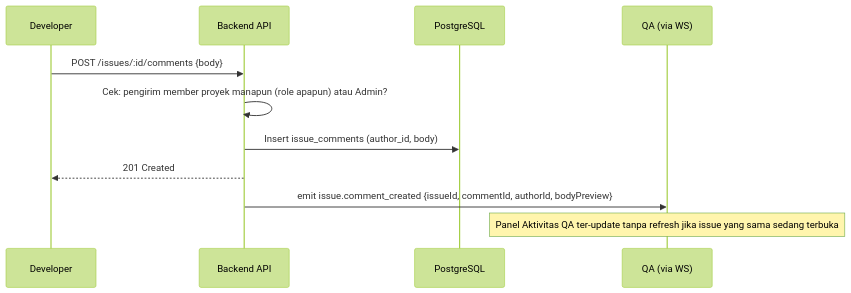
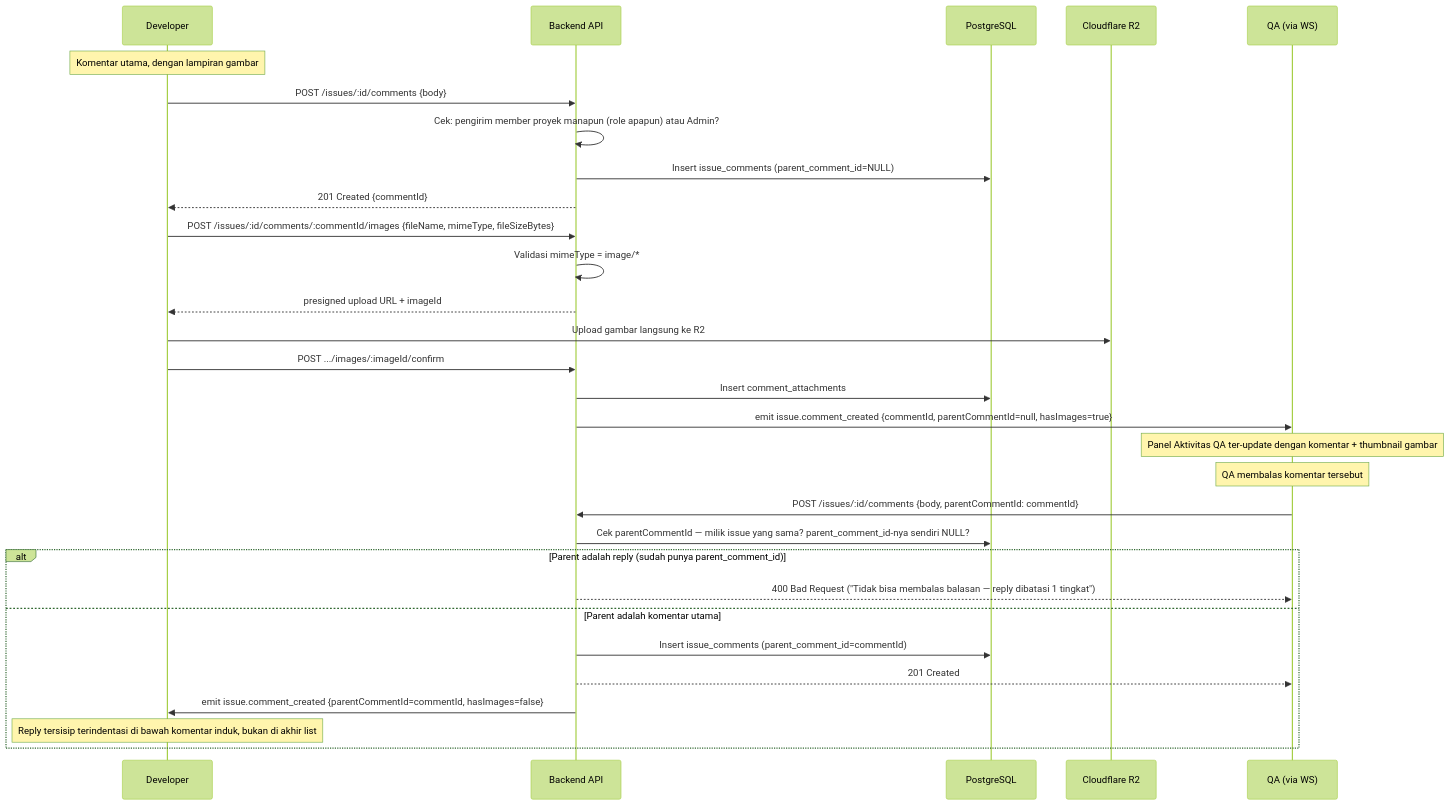
One commit to itshazlan/trackflow changed the tenth of 20 diagrams in SDD_Lean_Internal.md. Above: the diagram before and after it, drawn with Mermaid (forest theme). The commit also changed other lines of this file and 8 other files, not shown here.

Commit message:
feat: implement nested comment replies and comment image attachment support

````diff
--- a/SDD_Lean_Internal.md
+++ b/SDD_Lean_Internal.md
@@ -827,14 +843,34 @@
 ```mermaid
 sequenceDiagram
     participant Dev as Developer
     participant A as Backend API
     participant PG as PostgreSQL
+    participant R2 as Cloudflare R2
     participant QA as QA (via WS)
 
+    Note over Dev: Komentar utama, dengan lampiran gambar
     Dev->>A: POST /issues/:id/comments {body}
     A->>A: Cek: pengirim member proyek manapun (role apapun) atau Admin?
-    A->>PG: Insert issue_comments (author_id, body)
-    A-->>Dev: 201 Created
-    A->>QA: emit issue.comment_created {issueId, commentId, authorId, bodyPreview}
-    Note over QA: Panel Aktivitas QA ter-update tanpa refresh jika issue yang sama sedang terbuka
+    A->>PG: Insert issue_comments (parent_comment_id=NULL)
+    A-->>Dev: 201 Created {commentId}
+    Dev->>A: POST /issues/:id/comments/:commentId/images {fileName, mimeType, fileSizeBytes}
+    A->>A: Validasi mimeType = image/*
+    A-->>Dev: presigned upload URL + imageId
+    Dev->>R2: Upload gambar langsung ke R2
+    Dev->>A: POST .../images/:imageId/confirm
+    A->>PG: Insert comment_attachments
+    A->>QA: emit issue.comment_created {commentId, parentCommentId=null, hasImages=true}
+    Note over QA: Panel Aktivitas QA ter-update dengan komentar + thumbnail gambar
+
+    Note over QA: QA membalas komentar tersebut
+    QA->>A: POST /issues/:id/comments {body, parentCommentId: commentId}
+    A->>PG: Cek parentCommentId — milik issue yang sama? parent_comment_id-nya sendiri NULL?
+    alt Parent adalah reply (sudah punya parent_comment_id)
+        A-->>QA: 400 Bad Request ("Tidak bisa membalas balasan — reply dibatasi 1 tingkat")
+    else Parent adalah komentar utama
+        A->>PG: Insert issue_comments (parent_comment_id=commentId)
+        A-->>QA: 201 Created
+        A->>Dev: emit issue.comment_created {parentCommentId=commentId, hasImages=false}
+        Note over Dev: Reply tersisip terindentasi di bawah komentar induk, bukan di akhir list
+    end
 ```
````
